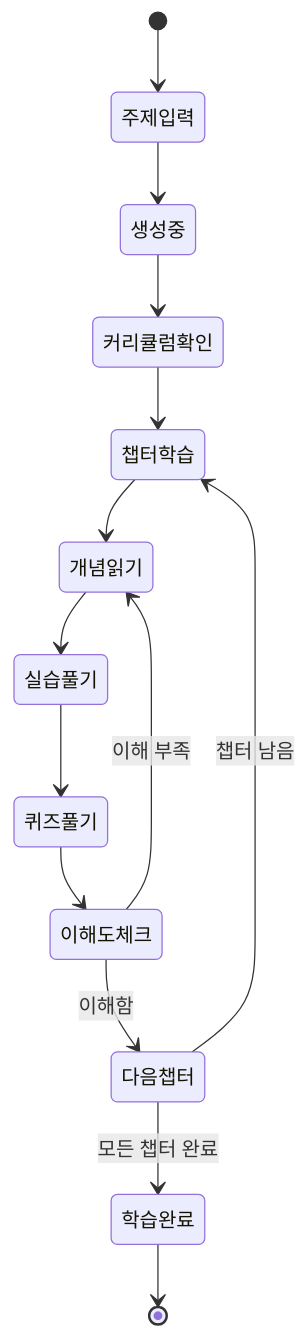
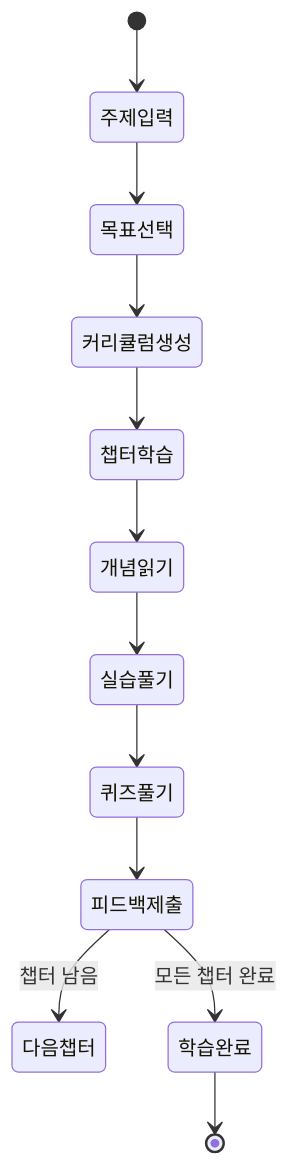
Before and after one commit to I-nkamanda/poppins: the ninth of 10 diagrams in plans/pop_pins_ii_sequence_diagram.md, drawn with Mermaid. The commit also changed other lines of this file and 15 other files, not shown here.

````diff
--- a/plans/pop_pins_ii_sequence_diagram.md
+++ b/plans/pop_pins_ii_sequence_diagram.md
@@ -244,19 +216,16 @@
 ```mermaid
 stateDiagram-v2
     [*] --> 주제입력
-    주제입력 --> 생성중
-    생성중 --> 커리큘럼확인
+    주제입력 --> 목표선택
+    목표선택 --> 커리큘럼생성
+    커리큘럼생성 --> 챕터학습
     
-    커리큘럼확인 --> 챕터학습
     챕터학습 --> 개념읽기
     개념읽기 --> 실습풀기
     실습풀기 --> 퀴즈풀기
+    퀴즈풀기 --> 피드백제출
     
-    퀴즈풀기 --> 이해도체크
-    이해도체크 --> 다음챕터: 이해함
-    이해도체크 --> 개념읽기: 이해 부족
-    
-    다음챕터 --> 챕터학습: 챕터 남음
-    다음챕터 --> 학습완료: 모든 챕터 완료
+    피드백제출 --> 다음챕터: 챕터 남음
+    피드백제출 --> 학습완료: 모든 챕터 완료
     학습완료 --> [*]
 ```
````
